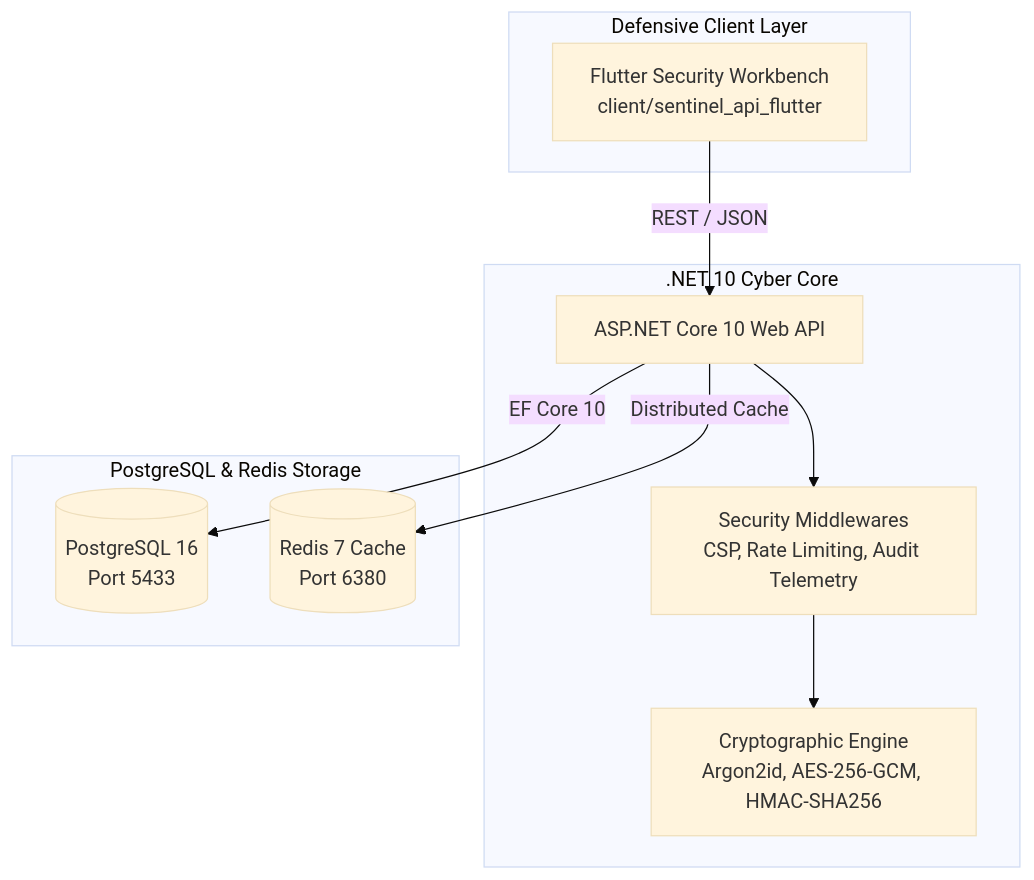
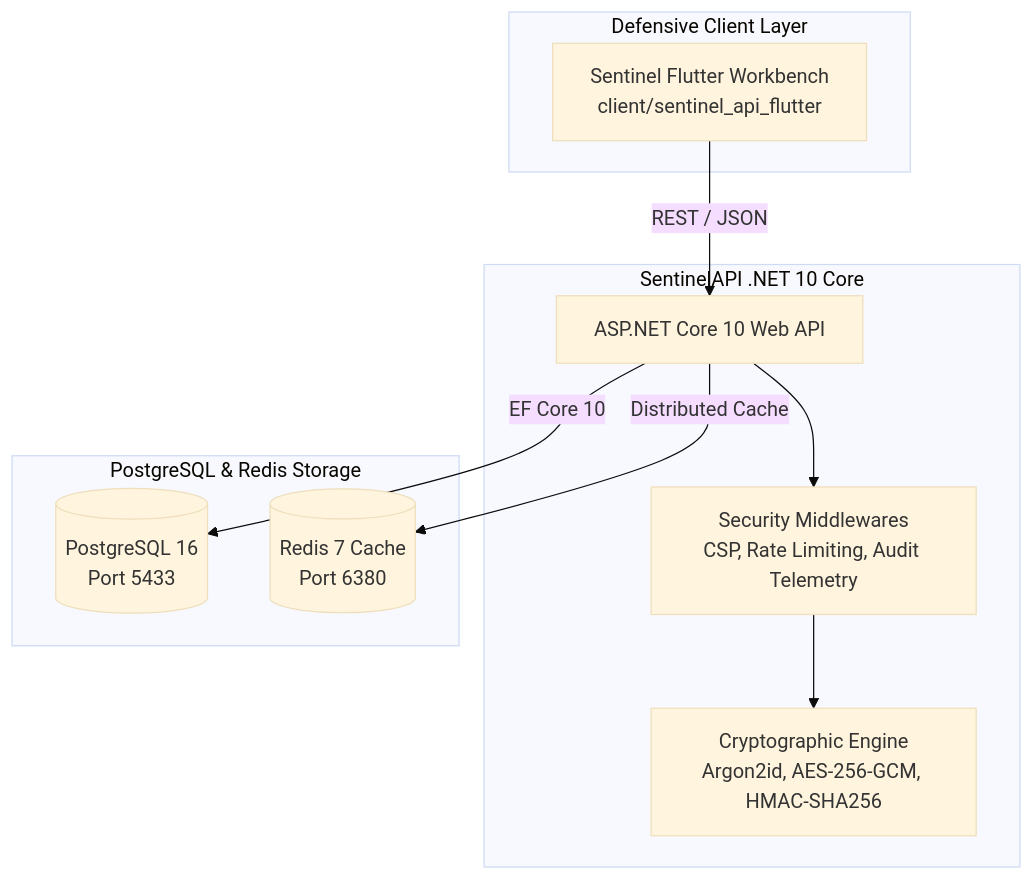
The diagram in README.md (charan-kumar99/SentinelAPI-SecurityLab), drawn with Mermaid (base theme) before and after one commit. The commit also changed other lines of this file and 1 other file, not shown here.

Commit message:
docs: update README titles and labels to SentinelAPI

````diff
--- a/README.md
+++ b/README.md
@@ -25,23 +25,23 @@
 ```mermaid
 graph TD
     subgraph Frontend [Defensive Client Layer]
-        A[Flutter Security Workbench\nclient/sentinel_api_flutter]
+        A[Sentinel Flutter Workbench\nclient/sentinel_api_flutter]
     end
 
-    subgraph Backend [.NET 10 Cyber Core]
+    subgraph Backend [SentinelAPI .NET 10 Core]
         B[ASP.NET Core 10 Web API]
         C[Security Middlewares\nCSP, Rate Limiting, Audit Telemetry]
         D[Cryptographic Engine\nArgon2id, AES-256-GCM, HMAC-SHA256]
     end
 
     subgraph Database [PostgreSQL & Redis Storage]
         E[(PostgreSQL 16\nPort 5433)]
         F[(Redis 7 Cache\nPort 6380)]
     end
 
     A -->|REST / JSON| B
     B --> C
     C --> D
     B -->|EF Core 10| E
     B -->|Distributed Cache| F
 ```
````
